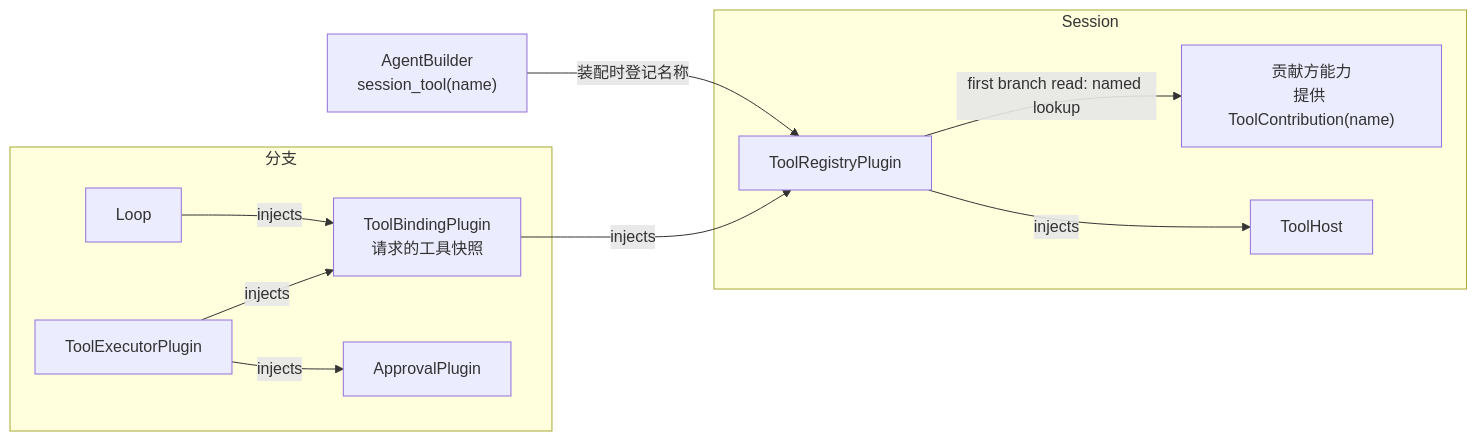
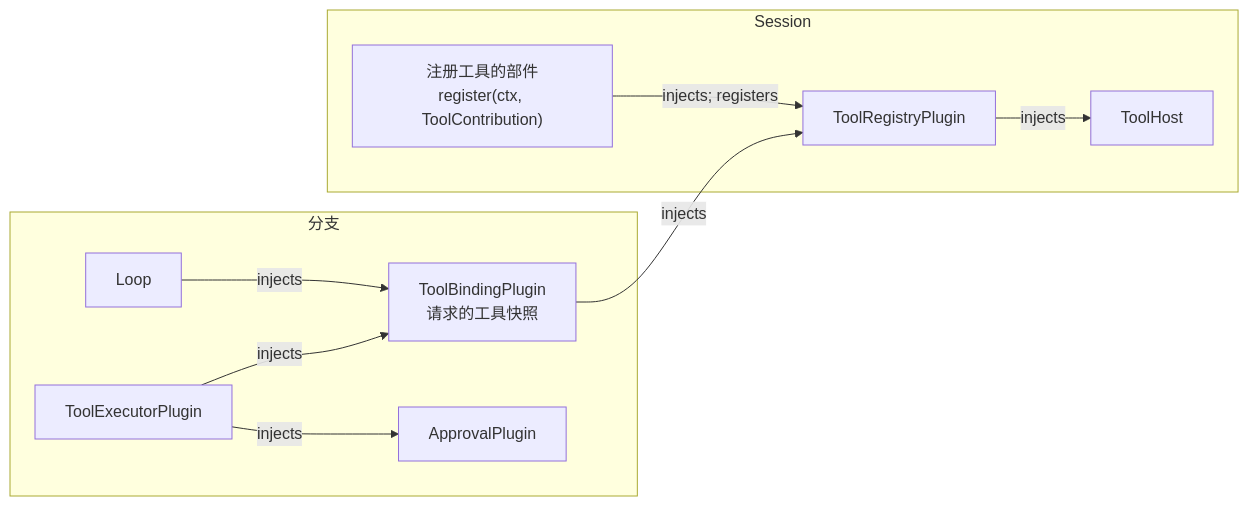
The diagram in docs/architecture/rust-agent/tool-contributions.md (CoutinhoTTS/dim-agent), drawn with Mermaid before and after one commit. The commit also changed other lines of this file and 101 other files, not shown here.

First line of the commit message:
Tools, tool sources and prompt sources register with their owner (R6)

````diff
--- a/docs/architecture/rust-agent/tool-contributions.md
+++ b/docs/architecture/rust-agent/tool-contributions.md
@@ -42,22 +43,20 @@
 ```mermaid
 flowchart LR
-  B["AgentBuilder<br/>session_tool(name)"]
   subgraph s["Session"]
-    C["贡献方能力<br/>提供 ToolContribution(name)"]
+    C["注册工具的部件<br/>register(ctx, ToolContribution)"]
     R["ToolRegistryPlugin"]
     H["ToolHost"]
   end
   subgraph br["分支"]
     TB["ToolBindingPlugin<br/>请求的工具快照"]
     L["Loop"]
     E["ToolExecutorPlugin"]
     A["ApprovalPlugin"]
   end
-  B -->|装配时登记名称| R
-  R -->|first branch read: named lookup| C
+  C -->|"injects; registers"| R
   R -->|injects| H
   TB -->|injects| R
   L -->|injects| TB
   E -->|injects| TB
   E -->|injects| A
 ```
````
